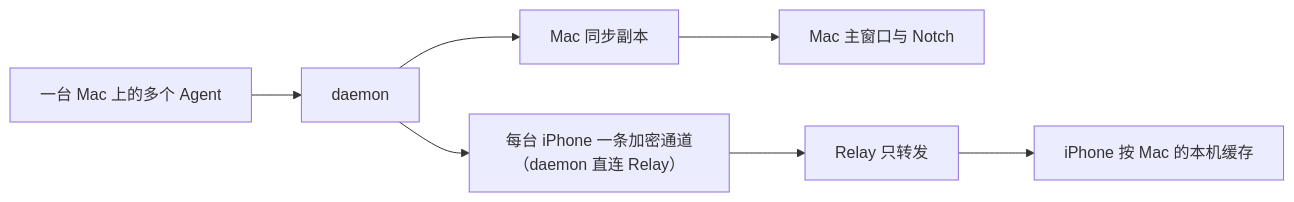
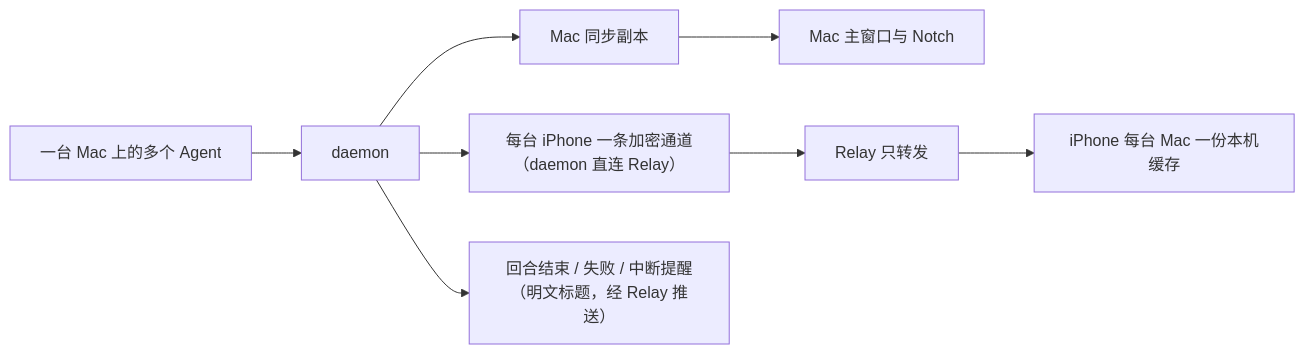
Before and after one commit to AFutureD/Lumi: the diagram in docs/feat/data-flows.md, drawn with Mermaid. The commit also changed other lines of this file and 8 other files, not shown here.

````diff
--- a/docs/feat/data-flows.md
+++ b/docs/feat/data-flows.md
@@ -9,9 +9,10 @@
 ```mermaid
 flowchart LR
     A["一台 Mac 上的多个 Agent"] --> B["daemon"]
     B --> C["Mac 同步副本"]
     C --> D["Mac 主窗口与 Notch"]
     B --> E["每台 iPhone 一条加密通道（daemon 直连 Relay）"]
     E --> F["Relay 只转发"]
-    F --> G["iPhone 按 Mac 的本机缓存"]
+    F --> G["iPhone 每台 Mac 一份本机缓存"]
+    B --> H["回合结束 / 失败 / 中断提醒（明文标题，经 Relay 推送）"]
 ```
````
